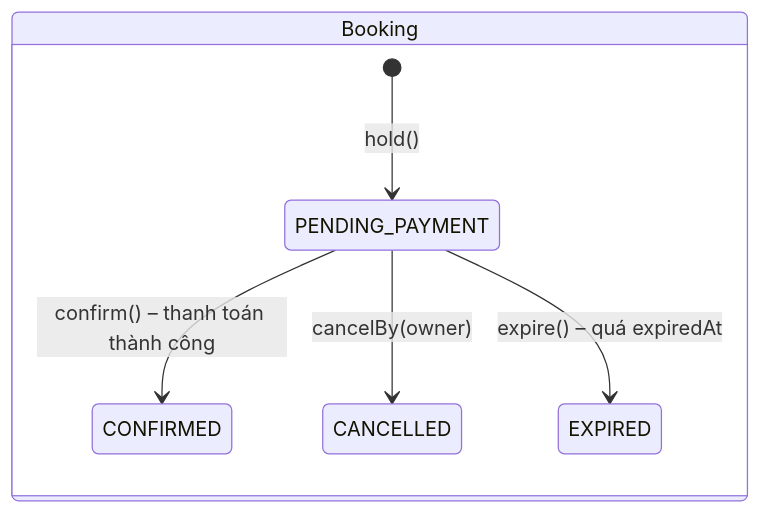
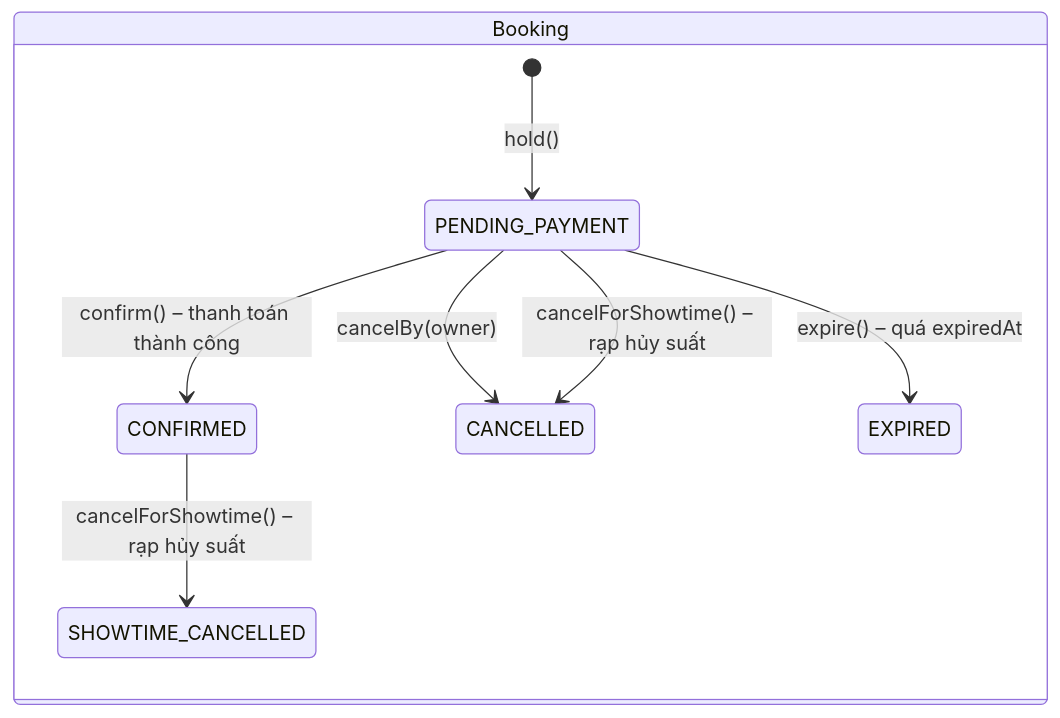
The first of 3 diagrams in docs/BOOKING_API.md (PhuNguyen12345/mss301-eMovie-ticket-booking-system-be), drawn with Mermaid before and after one commit. The commit also changed other lines of this file and 1 other file, not shown here.

First line of the commit message:
docs(booking): document cancelled showtimes

````diff
--- a/docs/BOOKING_API.md
+++ b/docs/BOOKING_API.md
@@ -456,10 +489,12 @@
 ```mermaid
 stateDiagram-v2
     direction LR
     state "Booking" as B {
         [*] --> PENDING_PAYMENT: hold()
         PENDING_PAYMENT --> CONFIRMED: confirm() – thanh toán thành công
         PENDING_PAYMENT --> CANCELLED: cancelBy(owner)
         PENDING_PAYMENT --> EXPIRED: expire() – quá expiredAt
+        PENDING_PAYMENT --> CANCELLED: cancelForShowtime() – rạp hủy suất
+        CONFIRMED --> SHOWTIME_CANCELLED: cancelForShowtime() – rạp hủy suất
     }
 ```
````
